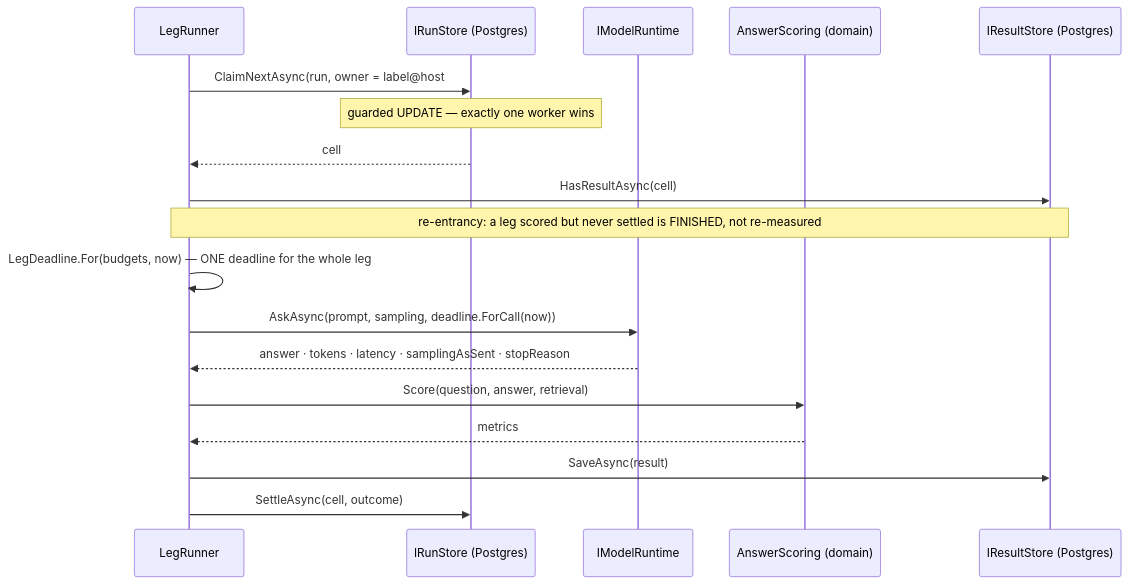
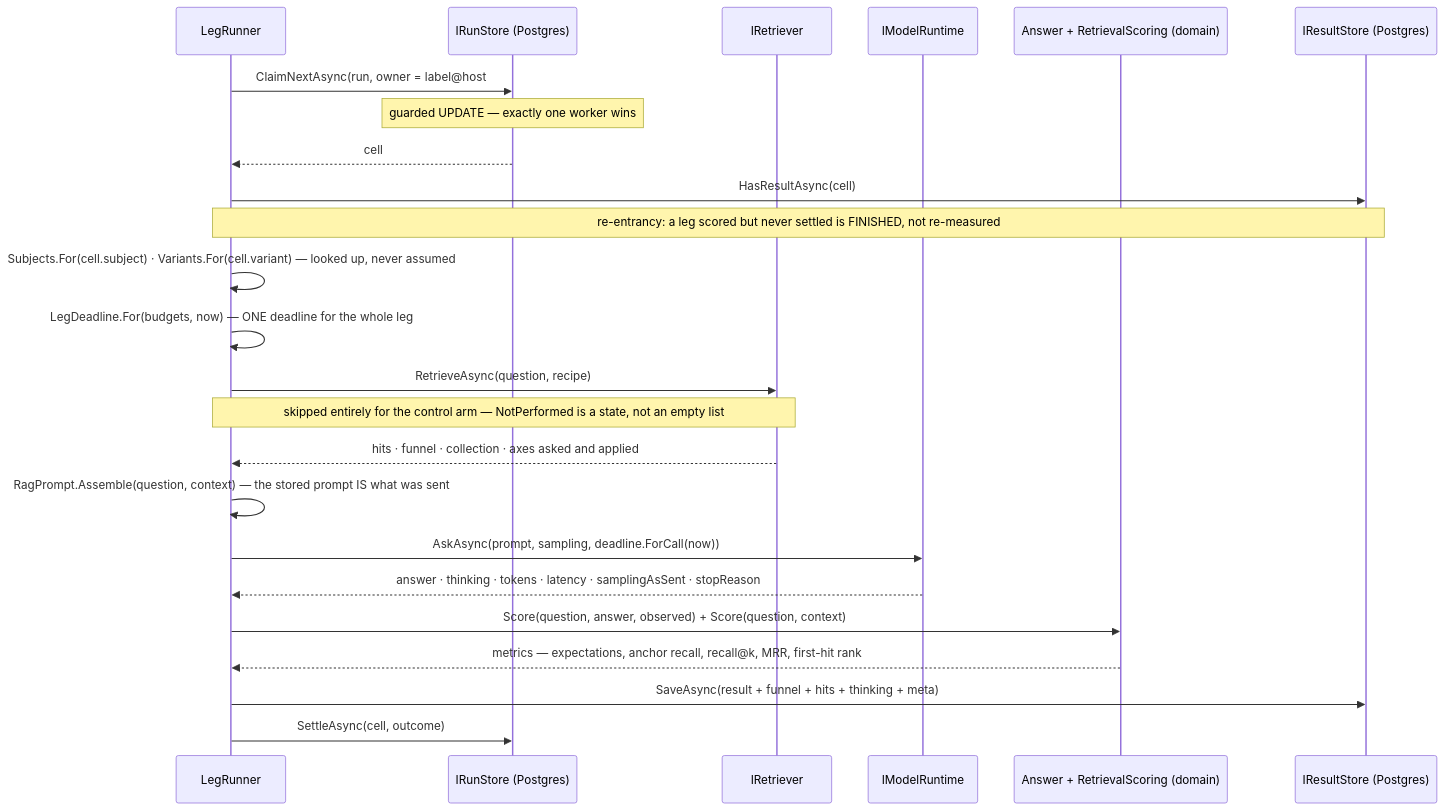
One commit to oleksandrdubyna88/dew_flow_benchmark changed the second of 2 diagrams in research/architecture.md. Above: the diagram before and after it, drawn with Mermaid. The commit also changed other lines of this file and 42 other files, not shown here.

````diff
--- a/research/architecture.md
+++ b/research/architecture.md
@@ -161,21 +233,27 @@
 ```mermaid
 sequenceDiagram
     participant R as LegRunner
     participant S as IRunStore (Postgres)
+    participant E as IRetriever
     participant M as IModelRuntime
-    participant D as AnswerScoring (domain)
+    participant D as Answer + RetrievalScoring (domain)
     participant V as IResultStore (Postgres)
 
     R->>S: ClaimNextAsync(run, owner = label@host#pid)
     Note over S: guarded UPDATE — exactly one worker wins
     S-->>R: cell
     R->>V: HasResultAsync(cell)
     Note over R,V: re-entrancy: a leg scored but never settled is FINISHED, not re-measured
+    R->>R: Subjects.For(cell.subject) · Variants.For(cell.variant) — looked up, never assumed
     R->>R: LegDeadline.For(budgets, now) — ONE deadline for the whole leg
+    R->>E: RetrieveAsync(question, recipe)
+    Note over R,E: skipped entirely for the control arm — NotPerformed is a state, not an empty list
+    E-->>R: hits · funnel · collection · axes asked and applied
+    R->>R: RagPrompt.Assemble(question, context) — the stored prompt IS what was sent
     R->>M: AskAsync(prompt, sampling, deadline.ForCall(now))
-    M-->>R: answer · tokens · latency · samplingAsSent · stopReason
-    R->>D: Score(question, answer, retrieval)
-    D-->>R: metrics
-    R->>V: SaveAsync(result)
+    M-->>R: answer · thinking · tokens · latency · samplingAsSent · stopReason
+    R->>D: Score(question, answer, observed) + Score(question, context)
+    D-->>R: metrics — expectations, anchor recall, recall@k, MRR, first-hit rank
+    R->>V: SaveAsync(result + funnel + hits + thinking + meta)
     R->>S: SettleAsync(cell, outcome)
 ```
````
